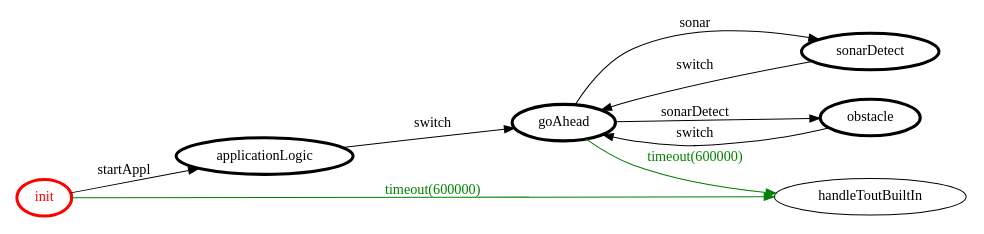
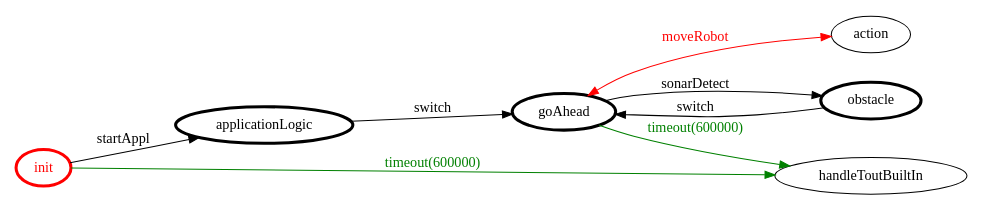
One commit to MatteoMendula/iss2018Lab changed the diagram in it.unibo.mbot.virtual/srcMore/it/unibo/robotpfrs/robotpfrs.gv. Above: the diagram before and after it, drawn with Graphviz. The commit also changed 19 other files, not shown here.

```diff
--- a/it.unibo.mbot.virtual/srcMore/it/unibo/robotpfrs/robotpfrs.gv
+++ b/it.unibo.mbot.virtual/srcMore/it/unibo/robotpfrs/robotpfrs.gv
@@ -1,26 +1,24 @@
 /*
 *
 * A GraphViz DOT FSM description 
 * Please use a GraphViz visualizer (like http://www.webgraphviz.com)
 *  
 */
 
 digraph finite_state_machine {
 	rankdir=LR
 	size="8,5"
 	
 	init [ color = red ][ fontcolor = red ][ penwidth = 3 ]
 	applicationLogic [ color = black ][ fontcolor = black ][ penwidth = 3 ]
-	sonarDetect [ color = black ][ fontcolor = black ][ penwidth = 3 ]
 	goAhead [ color = black ][ fontcolor = black ][ penwidth = 3 ]
 	obstacle [ color = black ][ fontcolor = black ][ penwidth = 3 ]
 	
 	init -> applicationLogic [ label = "startAppl" ][ color = black ][ fontcolor = black ]
 	init -> handleToutBuiltIn [ label = "timeout(600000)" ][ color = green ][ fontcolor = green ]
 	applicationLogic -> goAhead [ label = "switch" ][ color = black ][ fontcolor = black ]
 	goAhead -> handleToutBuiltIn [ label = "timeout(600000)" ][ color = green ][ fontcolor = green ]
-	goAhead -> sonarDetect [ label = "sonar" ][ color = black ][ fontcolor = black ]
+	goAhead -> action [ label = "moveRobot" ][ color = red ][ fontcolor = red ][ dir = both ]
 	goAhead -> obstacle [ label = "sonarDetect" ][ color = black ][ fontcolor = black ]
-	sonarDetect -> goAhead [ label = "switch" ][ color = black ][ fontcolor = black ]
 	obstacle -> goAhead [ label = "switch" ][ color = black ][ fontcolor = black ]
 }
```
